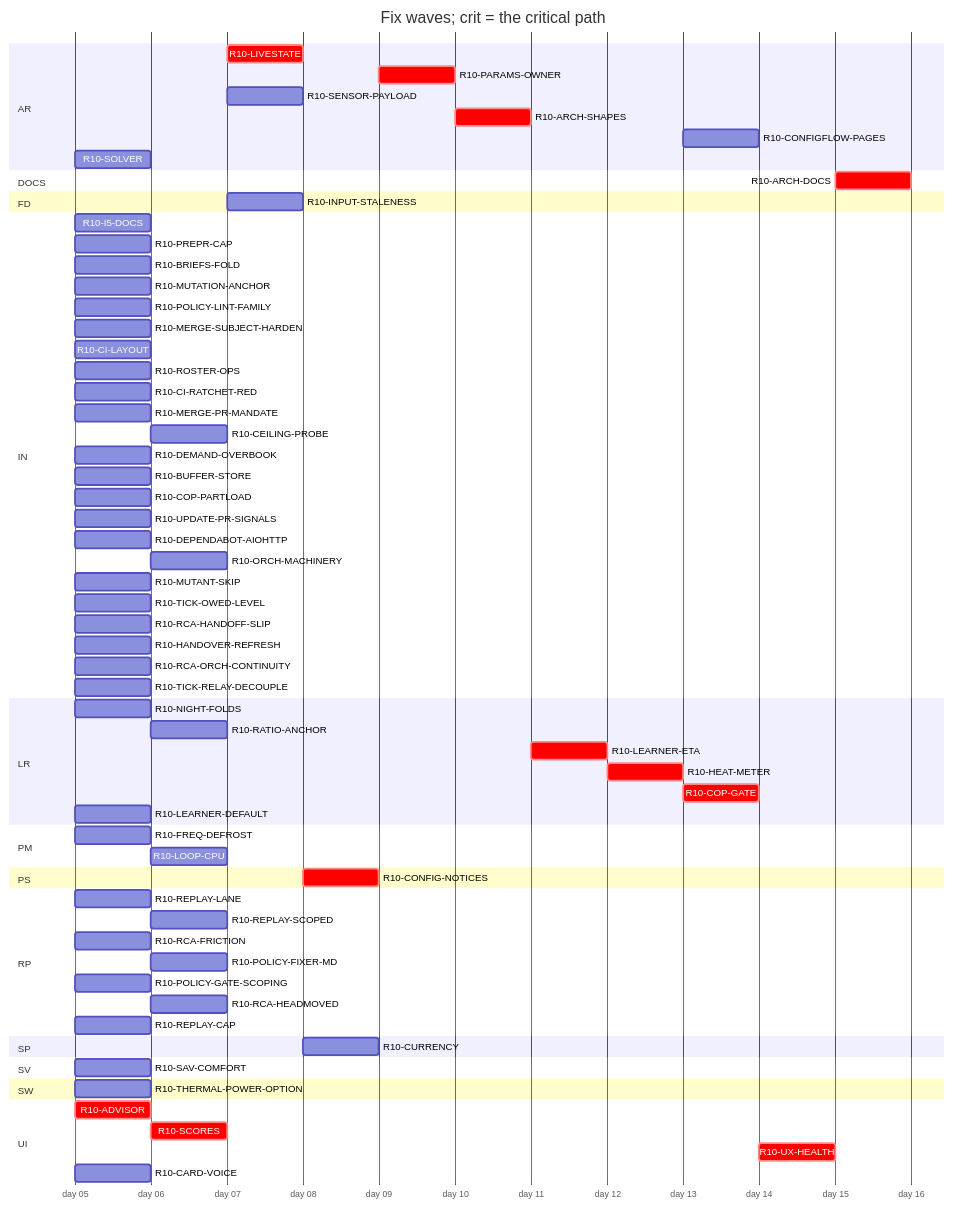
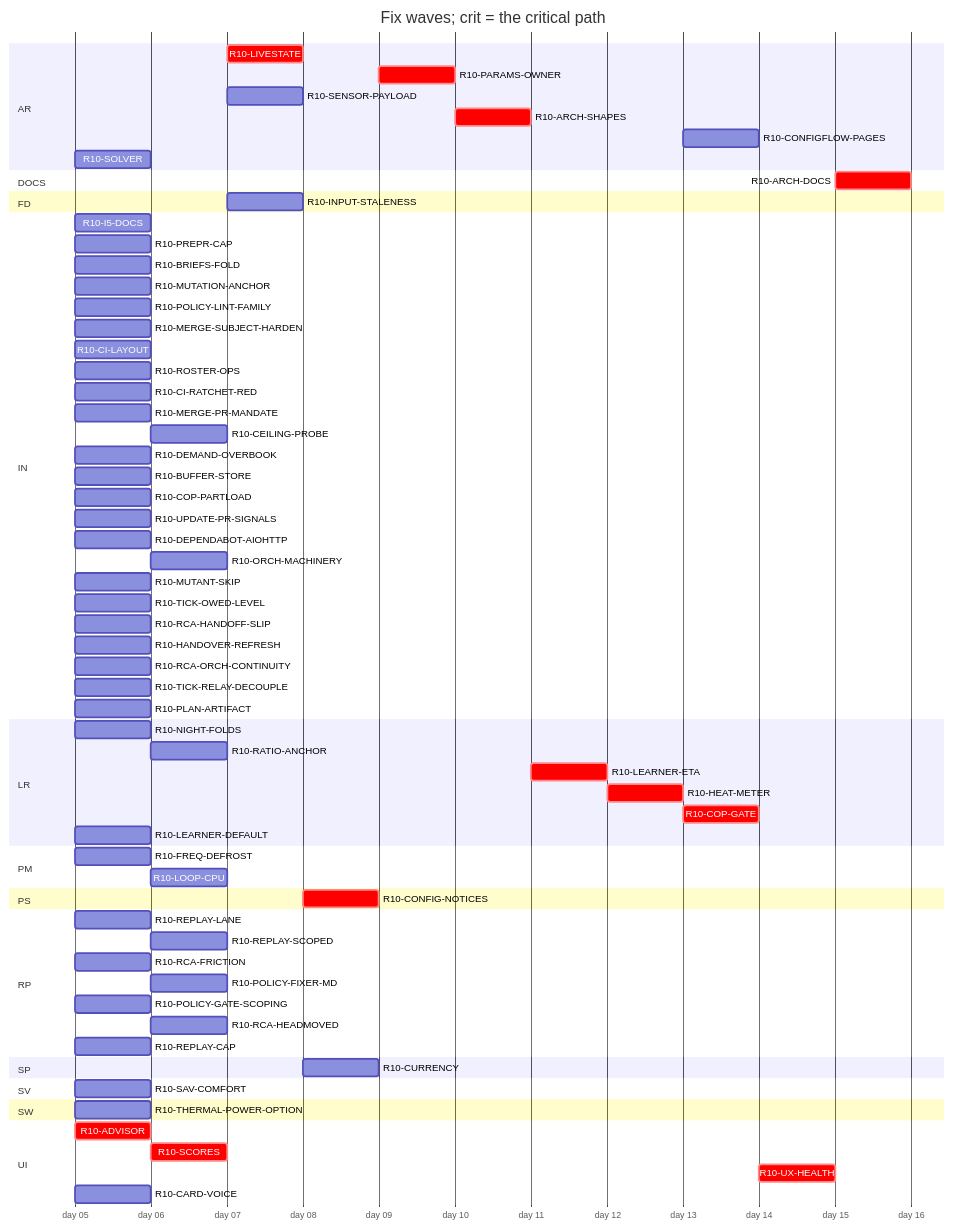
Before and after one commit to tvofi/heatpump_optimizer: the diagram in handoff/round10/state/PLAN-TABLE.md, drawn with Mermaid. The commit also changed other lines of this file and 2 other files, not shown here.

Commit message:
state: NEXT-SESSION-PROMPT.md, PLAN-TABLE.md, RESUME-CURRENT.md regenerated (state_docs.py)

````diff
--- a/handoff/round10/state/PLAN-TABLE.md
+++ b/handoff/round10/state/PLAN-TABLE.md
@@ -25,72 +25,73 @@
 ```mermaid
 gantt
   title Fix waves; crit = the critical path
   dateFormat YYYY-MM-DD
   axisFormat day %d
   section AR
     R10-LIVESTATE :crit, r10LIVESTATE, after r10SCORES, 1d
     R10-PARAMS-OWNER :crit, r10PARAMSOWNER, after r10CONFIGNOTICES, 1d
     R10-SENSOR-PAYLOAD :r10SENSORPAYLOAD, after r10SCORES, 1d
     R10-ARCH-SHAPES :crit, r10ARCHSHAPES, after r10PARAMSOWNER r10SENSORPAYLOAD r10FREQDEFROST, 1d
     R10-CONFIGFLOW-PAGES :r10CONFIGFLOWPAGES, after r10HEATMETER, 1d
     R10-SOLVER :r10SOLVER, 2026-01-05, 1d
   section DOCS
     R10-ARCH-DOCS :crit, r10ARCHDOCS, after r10NIGHTFOLDS r10RATIOANCHOR r10INPUTSTALENESS r10CURRENCY r10FREQDEFROST r10LOOPCPU r10ADVISOR r10SCORES r10LIVESTATE r10CONFIGNOTICES r10PARAMSOWNER r10SENSORPAYLOAD r10ARCHSHAPES r10LEARNERETA r10HEATMETER r10COPGATE r10UXHEALTH r10CONFIGFLOWPAGES r10SOLVER r10I5DOCS r10BRIEFSFOLD r10REPLAYLANE r10REPLAYSCOPED, 1d
   section FD
     R10-INPUT-STALENESS :r10INPUTSTALENESS, after r10RATIOANCHOR, 1d
   section IN
     R10-I5-DOCS :r10I5DOCS, 2026-01-05, 1d
     R10-PREPR-CAP :r10PREPRCAP, 2026-01-05, 1d
     R10-BRIEFS-FOLD :r10BRIEFSFOLD, 2026-01-05, 1d
     R10-MUTATION-ANCHOR :r10MUTATIONANCHOR, 2026-01-05, 1d
     R10-POLICY-LINT-FAMILY :r10POLICYLINTFAMILY, 2026-01-05, 1d
     R10-MERGE-SUBJECT-HARDEN :r10MERGESUBJECTHARDEN, 2026-01-05, 1d
     R10-CI-LAYOUT :r10CILAYOUT, 2026-01-05, 1d
     R10-ROSTER-OPS :r10ROSTEROPS, 2026-01-05, 1d
     R10-CI-RATCHET-RED :r10CIRATCHETRED, 2026-01-05, 1d
     R10-MERGE-PR-MANDATE :r10MERGEPRMANDATE, 2026-01-05, 1d
     R10-CEILING-PROBE :r10CEILINGPROBE, after r10CILAYOUT r10NIGHTFOLDS, 1d
     R10-DEMAND-OVERBOOK :r10DEMANDOVERBOOK, 2026-01-05, 1d
     R10-BUFFER-STORE :r10BUFFERSTORE, 2026-01-05, 1d
     R10-COP-PARTLOAD :r10COPPARTLOAD, 2026-01-05, 1d
     R10-UPDATE-PR-SIGNALS :r10UPDATEPRSIGNALS, 2026-01-05, 1d
     R10-DEPENDABOT-AIOHTTP :r10DEPENDABOTAIOHTTP, 2026-01-05, 1d
     R10-ORCH-MACHINERY :r10ORCHMACHINERY, after r10ROSTEROPS r10CILAYOUT, 1d
     R10-MUTANT-SKIP :r10MUTANTSKIP, 2026-01-05, 1d
     R10-TICK-OWED-LEVEL :r10TICKOWEDLEVEL, 2026-01-05, 1d
     R10-RCA-HANDOFF-SLIP :r10RCAHANDOFFSLIP, 2026-01-05, 1d
     R10-HANDOVER-REFRESH :r10HANDOVERREFRESH, 2026-01-05, 1d
     R10-RCA-ORCH-CONTINUITY :r10RCAORCHCONTINUITY, 2026-01-05, 1d
     R10-TICK-RELAY-DECOUPLE :r10TICKRELAYDECOUPLE, 2026-01-05, 1d
+    R10-PLAN-ARTIFACT :r10PLANARTIFACT, 2026-01-05, 1d
   section LR
     R10-NIGHT-FOLDS :r10NIGHTFOLDS, 2026-01-05, 1d
     R10-RATIO-ANCHOR :r10RATIOANCHOR, after r10NIGHTFOLDS, 1d
     R10-LEARNER-ETA :crit, r10LEARNERETA, after r10ARCHSHAPES, 1d
     R10-HEAT-METER :crit, r10HEATMETER, after r10LEARNERETA r10INPUTSTALENESS r10RATIOANCHOR, 1d
     R10-COP-GATE :crit, r10COPGATE, after r10HEATMETER r10SENSORPAYLOAD, 1d
     R10-LEARNER-DEFAULT :r10LEARNERDEFAULT, 2026-01-05, 1d
   section PM
     R10-FREQ-DEFROST :r10FREQDEFROST, 2026-01-05, 1d
     R10-LOOP-CPU :r10LOOPCPU, after r10FREQDEFROST, 1d
   section PS
     R10-CONFIG-NOTICES :crit, r10CONFIGNOTICES, after r10LIVESTATE, 1d
   section RP
     R10-REPLAY-LANE :r10REPLAYLANE, 2026-01-05, 1d
     R10-REPLAY-SCOPED :r10REPLAYSCOPED, after r10REPLAYLANE, 1d
     R10-RCA-FRICTION :r10RCAFRICTION, 2026-01-05, 1d
     R10-POLICY-FIXER-MD :r10POLICYFIXERMD, after r10RCAFRICTION r10BRIEFSFOLD, 1d
     R10-POLICY-GATE-SCOPING :r10POLICYGATESCOPING, 2026-01-05, 1d
     R10-RCA-HEADMOVED :r10RCAHEADMOVED, after r10RCAFRICTION, 1d
     R10-REPLAY-CAP :r10REPLAYCAP, 2026-01-05, 1d
   section SP
     R10-CURRENCY :r10CURRENCY, after r10INPUTSTALENESS, 1d
   section SV
     R10-SAV-COMFORT :r10SAVCOMFORT, 2026-01-05, 1d
   section SW
     R10-THERMAL-POWER-OPTION :r10THERMALPOWEROPTION, 2026-01-05, 1d
   section UI
     R10-ADVISOR :crit, r10ADVISOR, 2026-01-05, 1d
     R10-SCORES :crit, r10SCORES, after r10ADVISOR, 1d
     R10-UX-HEALTH :crit, r10UXHEALTH, after r10SCORES r10COPGATE r10HEATMETER, 1d
     R10-CARD-VOICE :r10CARDVOICE, 2026-01-05, 1d
 ```
````
